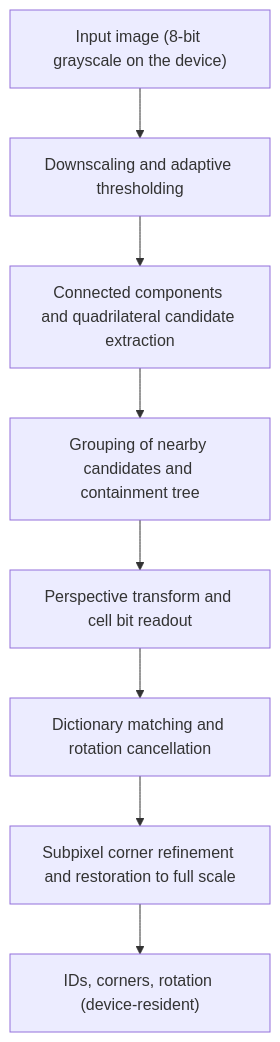
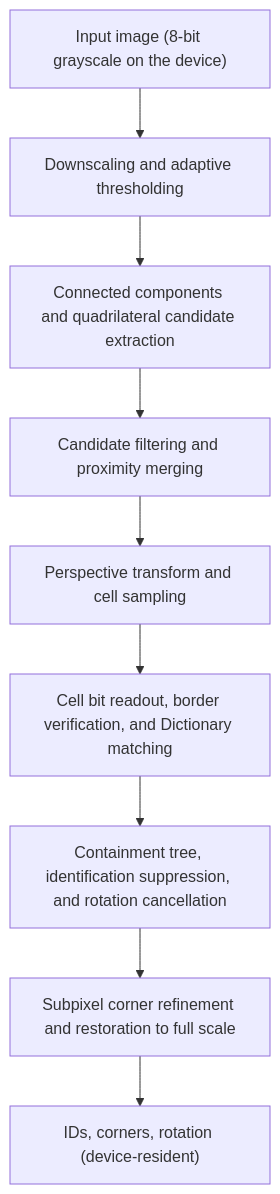
Before and after one commit to MasakazuTobeta/ArUco3-CUDA: the diagram in README.md, drawn with Mermaid. The commit also changed other lines of this file and 9 other files, not shown here.

````diff
--- a/README.md
+++ b/README.md
@@ -22,10 +22,11 @@
 ```mermaid
 flowchart TD
     A["Input image (8-bit grayscale on the device)"] --> B["Downscaling and adaptive thresholding"]
     B --> C["Connected components and quadrilateral candidate extraction"]
-    C --> D["Grouping of nearby candidates and containment tree"]
-    D --> E["Perspective transform and cell bit readout"]
-    E --> F["Dictionary matching and rotation cancellation"]
-    F --> G["Subpixel corner refinement and restoration to full scale"]
-    G --> H["IDs, corners, rotation (device-resident)"]
+    C --> D["Candidate filtering and proximity merging"]
+    D --> E["Perspective transform and cell sampling"]
+    E --> F["Cell bit readout, border verification, and Dictionary matching"]
+    F --> G["Containment tree, identification suppression, and rotation cancellation"]
+    G --> H["Subpixel corner refinement and restoration to full scale"]
+    H --> I["IDs, corners, rotation (device-resident)"]
 ```
````
